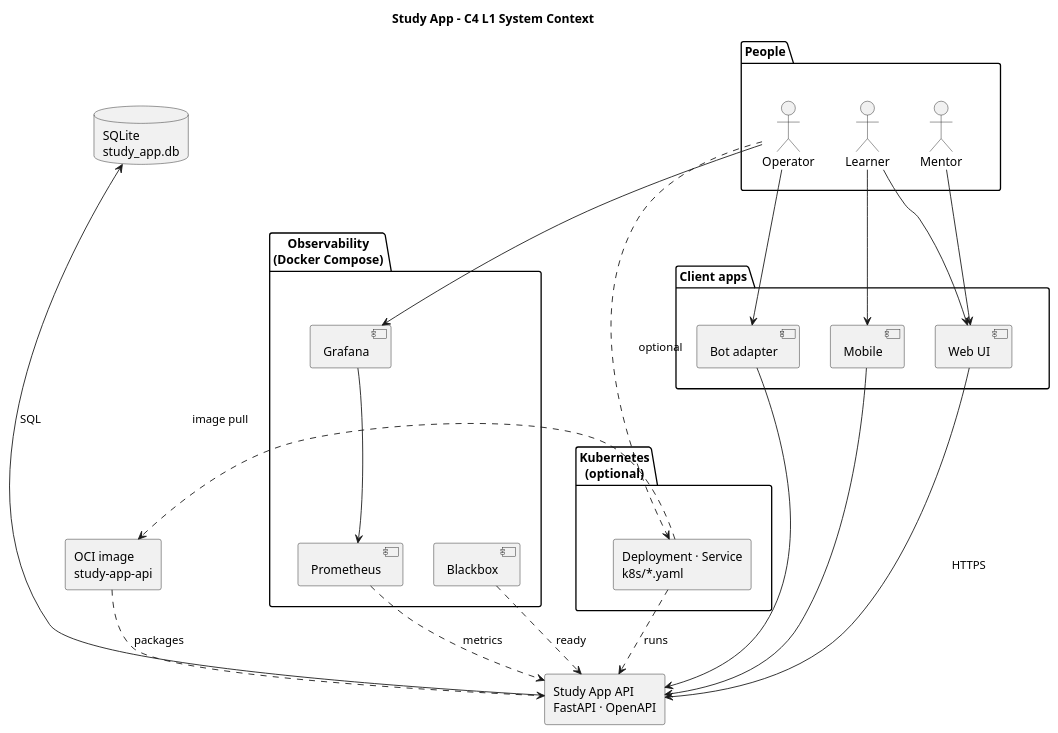
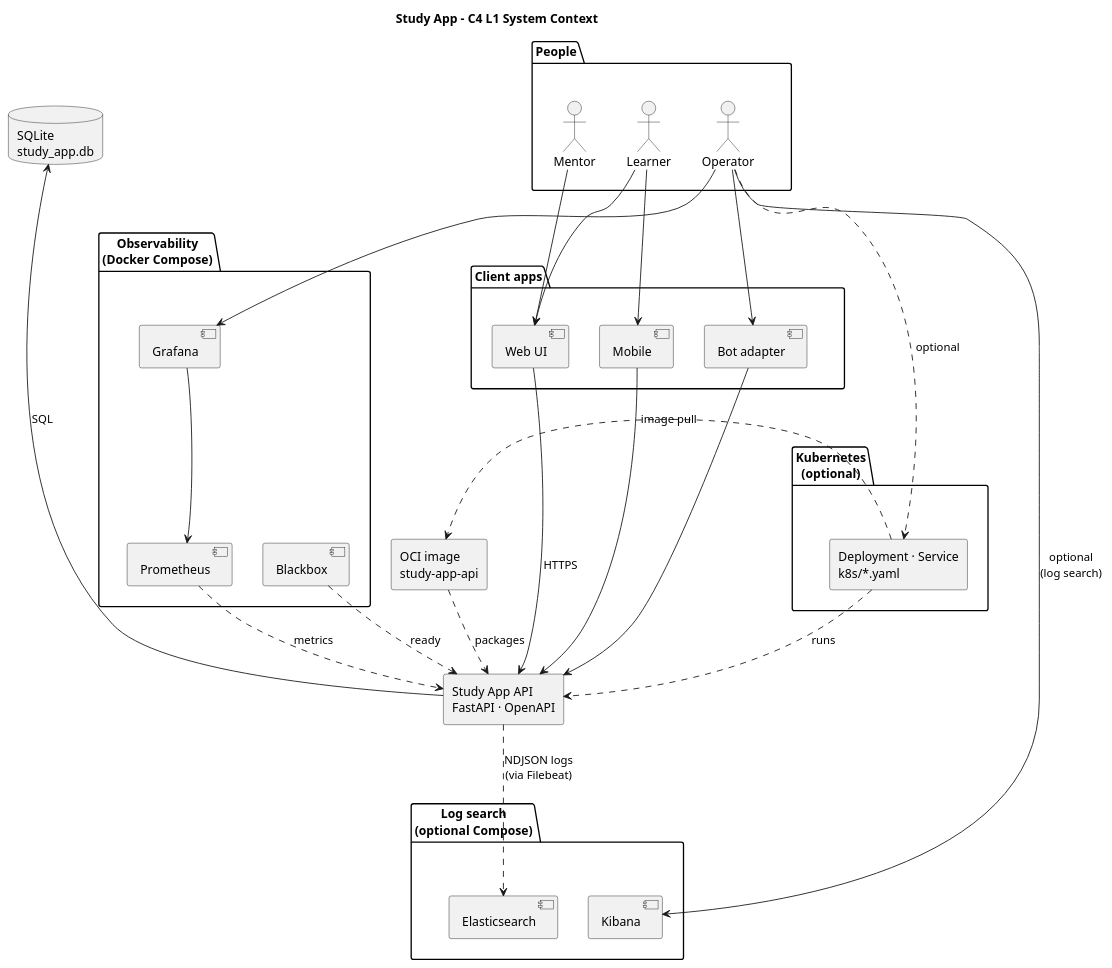
The diagram in docs/uml/architecture/system_context_view.puml (iboiarkin96/study_bot), drawn with PlantUML before and after one commit. The commit also changed 47 other files, not shown here.

```diff
--- a/docs/uml/architecture/system_context_view.puml
+++ b/docs/uml/architecture/system_context_view.puml
@@ -1,64 +1,73 @@
 @startuml
 title Study App - C4 L1 System Context
 
 top to bottom direction
 
 package "People" as People {
   actor Learner
   actor Mentor
   actor Operator
 }
 
 package "Client apps" as Clients {
   [Web UI] as Web
   [Mobile] as Mobile
   [Bot adapter] as Bot
   Web -[hidden]right- Mobile
   Mobile -[hidden]right- Bot
 }
 
 rectangle "Study App API\nFastAPI · OpenAPI" as Api
 
 database "SQLite\nstudy_app.db" as Db
 rectangle "OCI image\nstudy-app-api" as Img
 
 package "Kubernetes\n(optional)" as K8s {
   rectangle "Deployment · Service\nk8s/*.yaml" as K8sDep
 }
 
 package "Observability\n(Docker Compose)" as Obs {
   [Grafana] as Graf
   [Prometheus] as Prom
   [Blackbox] as Bbx
   Graf -[hidden]right- Prom
   Prom -[hidden]right- Bbx
 }
 
+package "Log search\n(optional Compose)" as LogSearch {
+  [Elasticsearch] as ES
+  [Kibana] as Kib
+  ES -[hidden]right- Kib
+}
+
 People -[hidden]down- Clients
 Clients -[hidden]down- Api
 Api -[hidden]down- Db
 Db -[hidden]right- Img
 Img -[hidden]right- K8s
 Db -[hidden]down- Obs
+Db -[hidden]right- LogSearch
 
 Learner --> Web
 Learner --> Mobile
 Mentor --> Web
 Operator --> Bot
 Operator --> Graf
+Operator --> Kib : optional\n(log search)
 Operator ..> K8sDep : optional
 
 Web --> Api : HTTPS
 Mobile --> Api
 Bot --> Api
 
 Api --> Db : SQL
 Img ..> Api : packages
 K8sDep ..> Img : image pull
 K8sDep ..> Api : runs
 
 Prom ..> Api : metrics
 Bbx ..> Api : ready
 Graf --> Prom
+Api ..> ES : NDJSON logs\n(via Filebeat)
 
 @enduml
```
